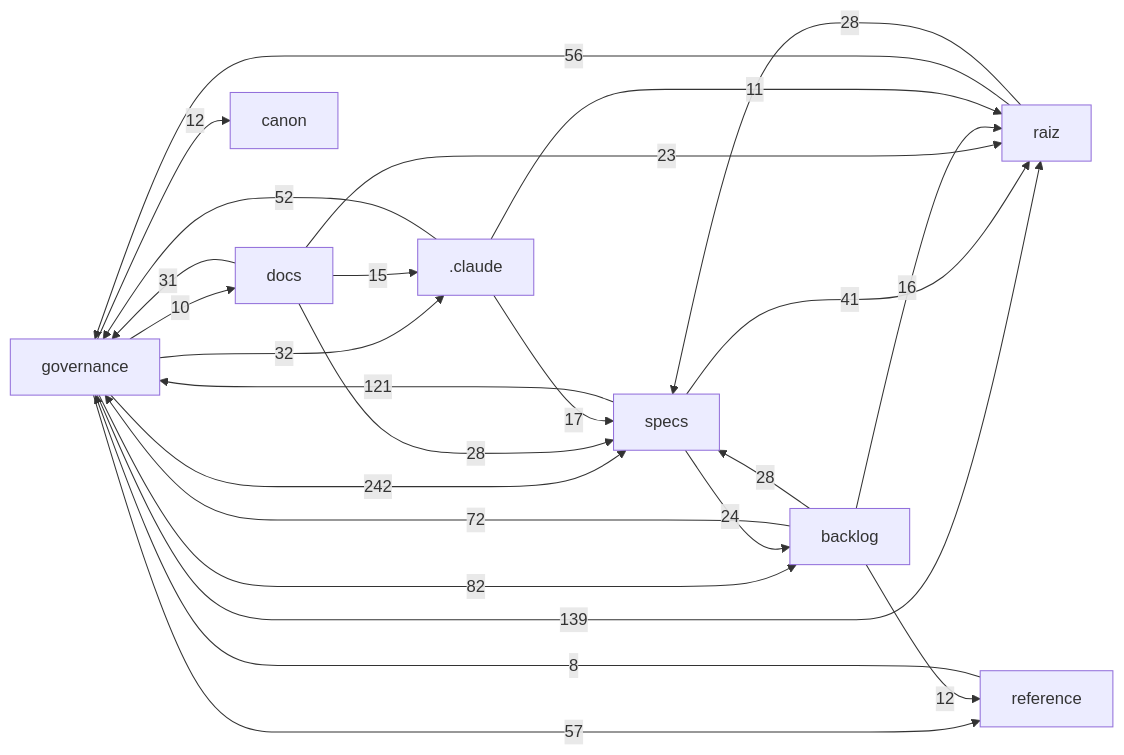
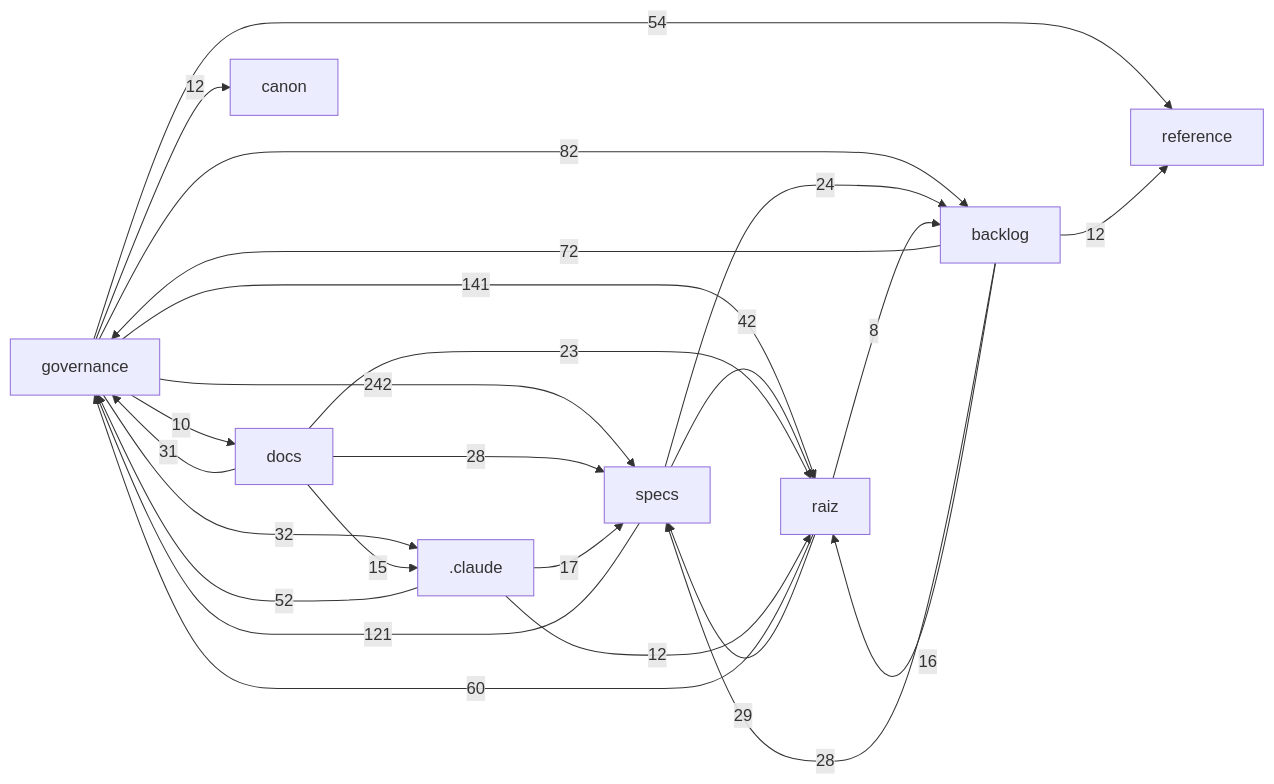
One commit to Andraus35/Sistema-Operacional-de-Trading--SOT changed the diagram in docs/mapa/MAPA-PROJETO.md. Above: the diagram before and after it, drawn with Mermaid. The commit also changed other lines of this file and 14 other files, not shown here.

````diff
--- a/docs/mapa/MAPA-PROJETO.md
+++ b/docs/mapa/MAPA-PROJETO.md
@@ -30,27 +30,27 @@
 ```mermaid
 flowchart LR
   governance["governance"] -->|242| specs["specs"]
-  governance["governance"] -->|139| raiz["raiz"]
+  governance["governance"] -->|141| raiz["raiz"]
   specs["specs"] -->|121| governance["governance"]
   governance["governance"] -->|82| backlog["backlog"]
   backlog["backlog"] -->|72| governance["governance"]
-  governance["governance"] -->|57| reference["reference"]
-  raiz["raiz"] -->|56| governance["governance"]
+  raiz["raiz"] -->|60| governance["governance"]
+  governance["governance"] -->|54| reference["reference"]
   _claude[".claude"] -->|52| governance["governance"]
-  specs["specs"] -->|41| raiz["raiz"]
+  specs["specs"] -->|42| raiz["raiz"]
   governance["governance"] -->|32| _claude[".claude"]
   docs["docs"] -->|31| governance["governance"]
-  raiz["raiz"] -->|28| specs["specs"]
+  raiz["raiz"] -->|29| specs["specs"]
   backlog["backlog"] -->|28| specs["specs"]
   docs["docs"] -->|28| specs["specs"]
   specs["specs"] -->|24| backlog["backlog"]
   docs["docs"] -->|23| raiz["raiz"]
   _claude[".claude"] -->|17| specs["specs"]
   backlog["backlog"] -->|16| raiz["raiz"]
   docs["docs"] -->|15| _claude[".claude"]
+  _claude[".claude"] -->|12| raiz["raiz"]
   backlog["backlog"] -->|12| reference["reference"]
   governance["governance"] -->|12| canon["canon"]
-  _claude[".claude"] -->|11| raiz["raiz"]
   governance["governance"] -->|10| docs["docs"]
-  reference["reference"] -->|8| governance["governance"]
+  raiz["raiz"] -->|8| backlog["backlog"]
 ```
````
